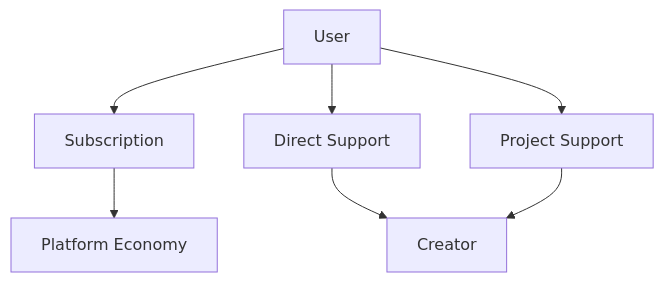
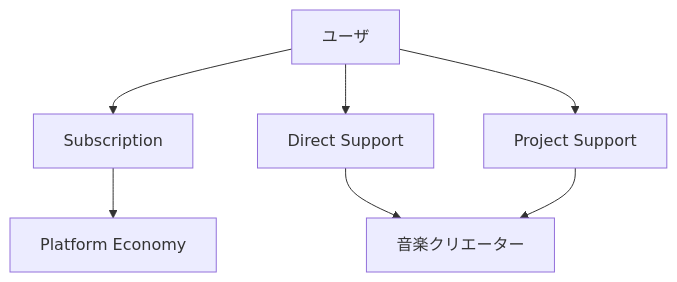
Before and after one commit to ShigeichiroYamasaki/creator-first-platform: diagram 16 of 27 in docs/whitepaper/06-economics-mathjax.md, drawn with Mermaid. The commit also changed other lines of this file and 67 other files, not shown here.

````diff
--- a/docs/whitepaper/06-economics-mathjax.md
+++ b/docs/whitepaper/06-economics-mathjax.md
@@ -780,12 +780,12 @@
 ```mermaid
 flowchart TD
-    USER[User]
+    USER[ユーザ]
 
     USER --> SUB[Subscription]
     USER --> TIP[Direct Support]
     USER --> PROJECT[Project Support]
 
     SUB --> ECON[Platform Economy]
-    TIP --> CREATOR[Creator]
+    TIP --> CREATOR[音楽クリエーター]
     PROJECT --> CREATOR
 ```
````
